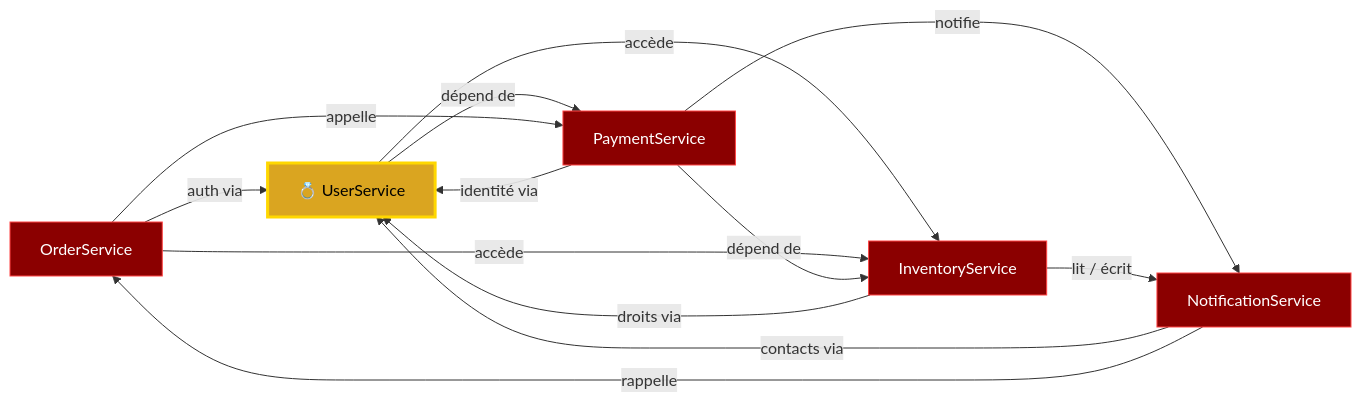
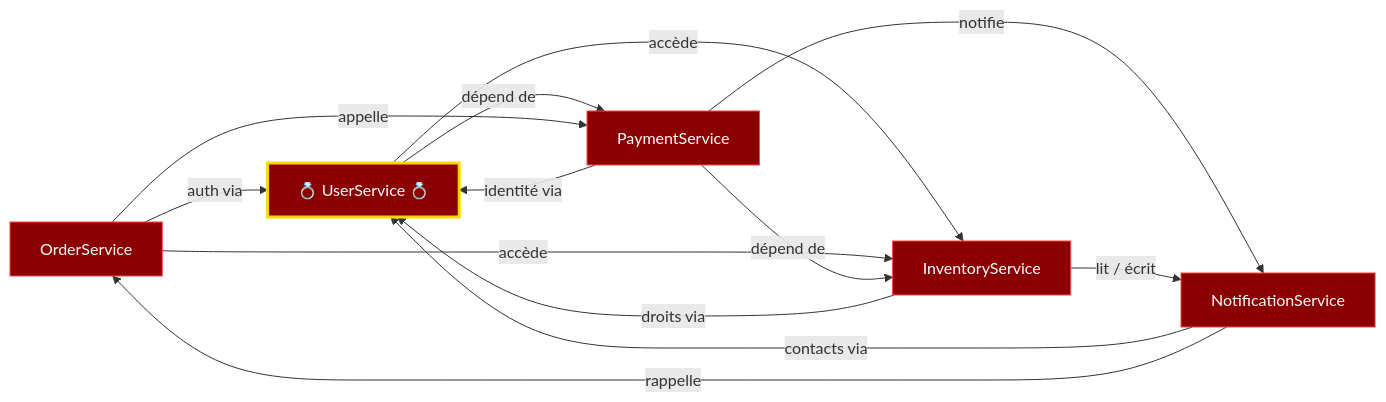
The diagram in slides.md (edouard-mangel/lord-of-legacy-fellowship-of-code), drawn with Mermaid before and after one commit. The commit also changed other lines of this file, not shown here.

````diff
--- a/slides.md
+++ b/slides.md
@@ -226,21 +226,21 @@
 ```mermaid
 graph LR
-  A[OrderService] -->|auth via| E[💍 UserService]
+  A[OrderService] -->|auth via| E[💍 UserService 💍]
   D[NotificationService] -->|contacts via| E
   E -->|dépend de| B[PaymentService]
   E -->|accède| C[InventoryService]
   B -->|identité via| E
   C -->|droits via| E
   A -->|appelle| B
   A -->|accède| C
   B -->|notifie| D
   B -->|dépend de| C
   C -->|lit / écrit| D
   D -->|rappelle| A
 
   style A fill:#8B0000,stroke:#ff4444,color:#fff
   style B fill:#8B0000,stroke:#ff4444,color:#fff
   style C fill:#8B0000,stroke:#ff4444,color:#fff
   style D fill:#8B0000,stroke:#ff4444,color:#fff
-  style E fill:#DAA520,stroke:#FFD700,color:#000,stroke-width:3px
+  style E fill:#8B0000,stroke:#FFD700,color:#fff,stroke-width:3px
 ```
````
